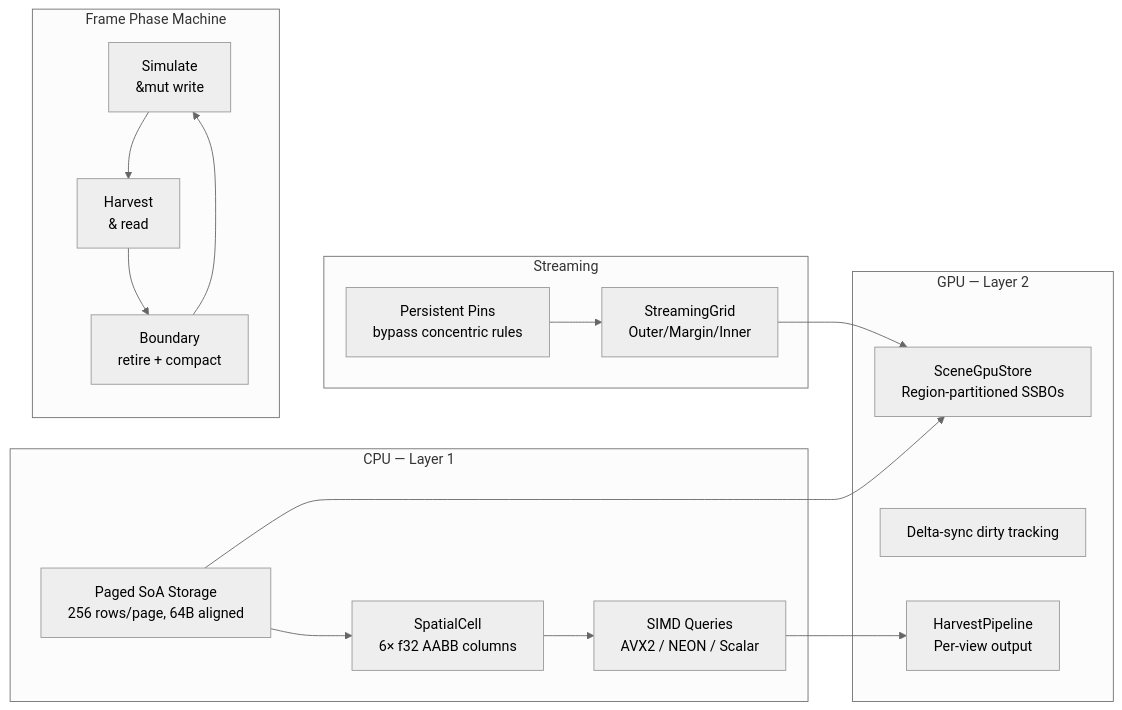
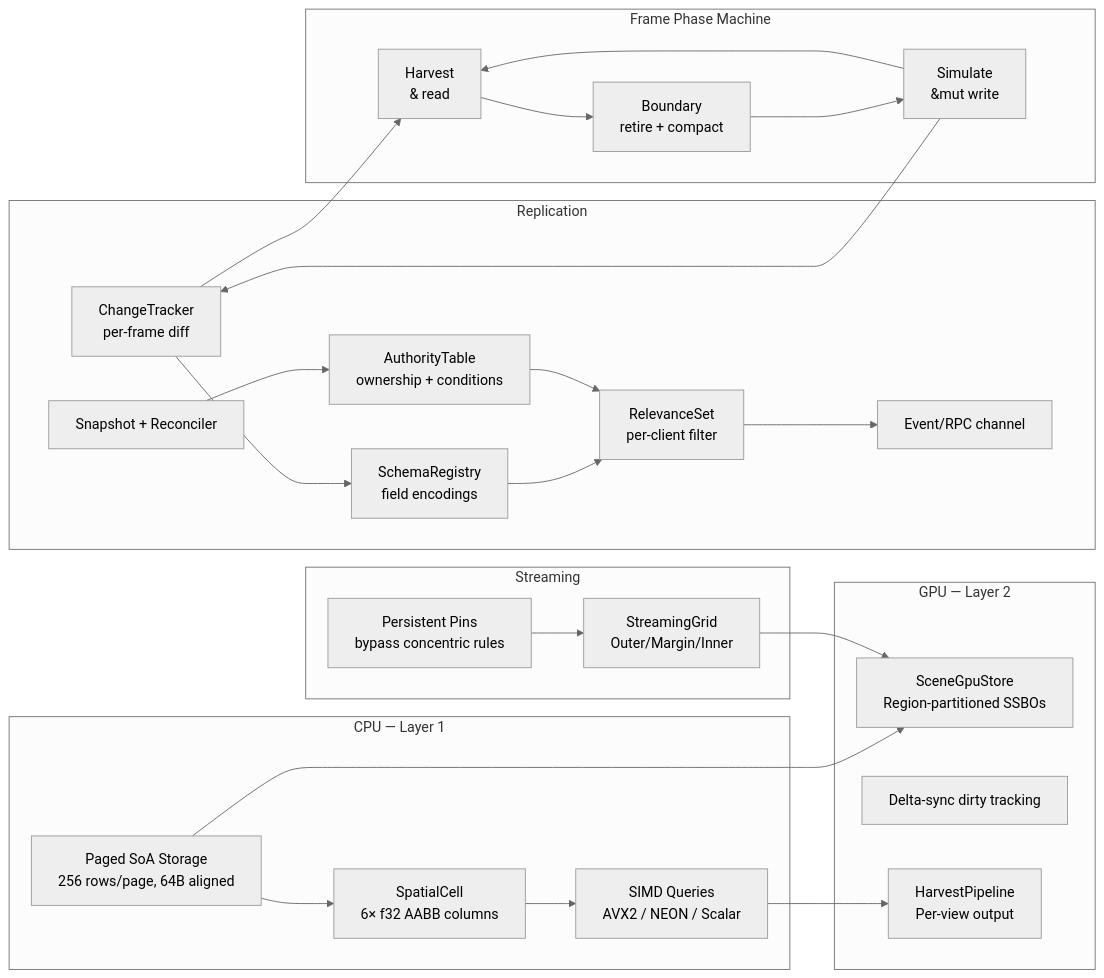
The first of 2 diagrams in README.md (Far-Beyond-Pulsar/SceneDB), drawn with Mermaid (neutral theme) before and after one commit. The commit also changed other lines of this file, not shown here.

````diff
--- a/README.md
+++ b/README.md
@@ -11,28 +13,40 @@
 ```mermaid
 flowchart LR
     subgraph CPU[CPU — Layer 1]
         P[Paged SoA Storage<br/>256 rows/page, 64B aligned]
         S[SpatialCell<br/>6× f32 AABB columns]
         Q[SIMD Queries<br/>AVX2 / NEON / Scalar]
     end
     subgraph STREAM[Streaming]
         G[StreamingGrid<br/>Outer/Margin/Inner]
         PERS[Persistent Pins<br/>bypass concentric rules]
     end
     subgraph GPU[GPU — Layer 2]
         M[SceneGpuStore<br/>Region-partitioned SSBOs]
         D[Delta-sync dirty tracking]
         H[HarvestPipeline<br/>Per-view output]
     end
+    subgraph REP[Replication]
+        CT[ChangeTracker<br/>per-frame diff]
+        SCHEMA[SchemaRegistry<br/>field encodings]
+        RS[RelevanceSet<br/>per-client filter]
+        AT[AuthorityTable<br/>ownership + conditions]
+        EV[Event/RPC channel]
+        SNAP[Snapshot + Reconciler]
+    end
     subgraph PHASE[Frame Phase Machine]
         SIM[Simulate<br/>&mut write]
         HAR[Harvest<br/>& read]
         B[Boundary<br/>retire + compact]
     end
     P --> S --> Q
     Q --> H
     P --> M
     G --> M
     PERS --> G
+    SIM --> CT --> HAR
     SIM --> HAR --> B --> SIM
+    CT --> SCHEMA --> RS --> EV
+    AT --> RS
+    SNAP --> AT
 ```
````
